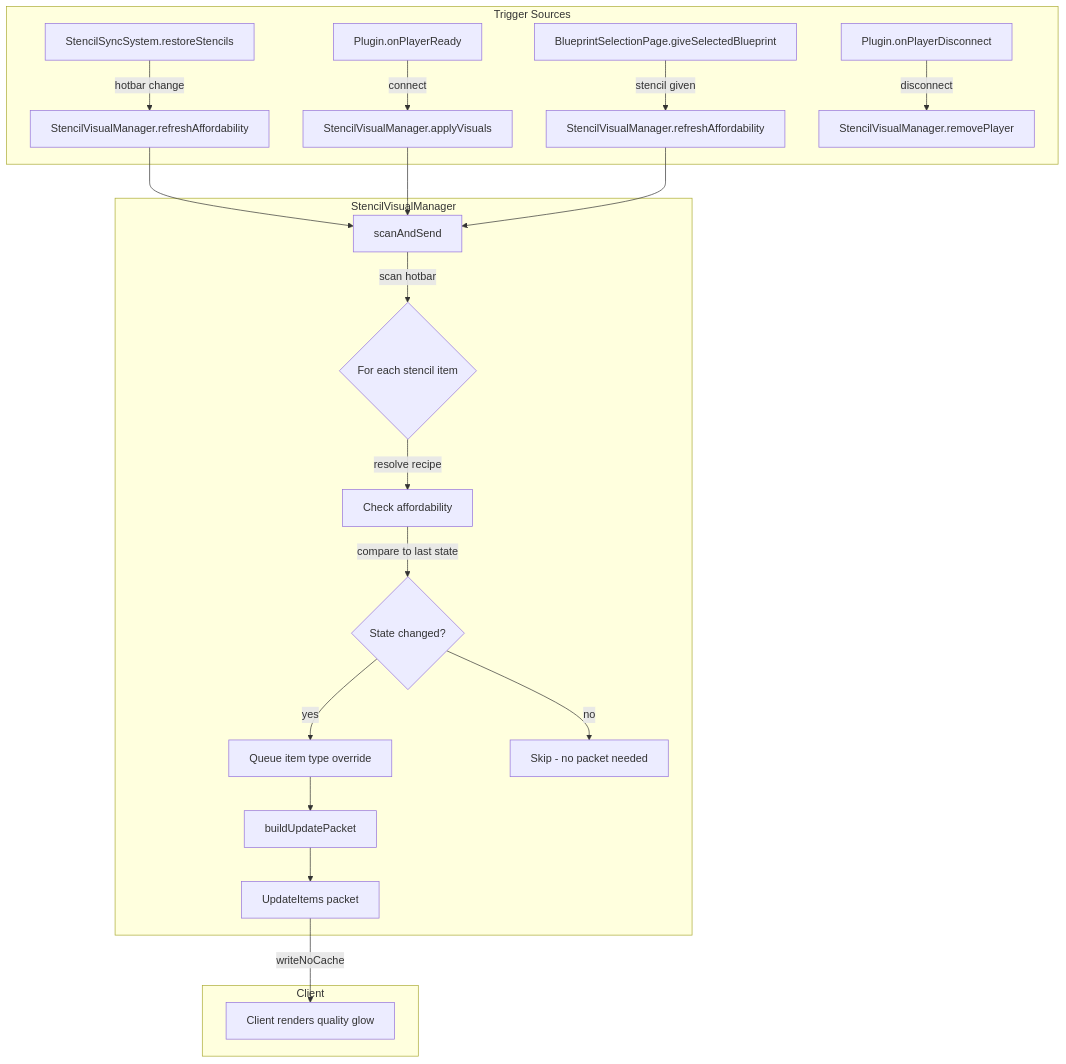
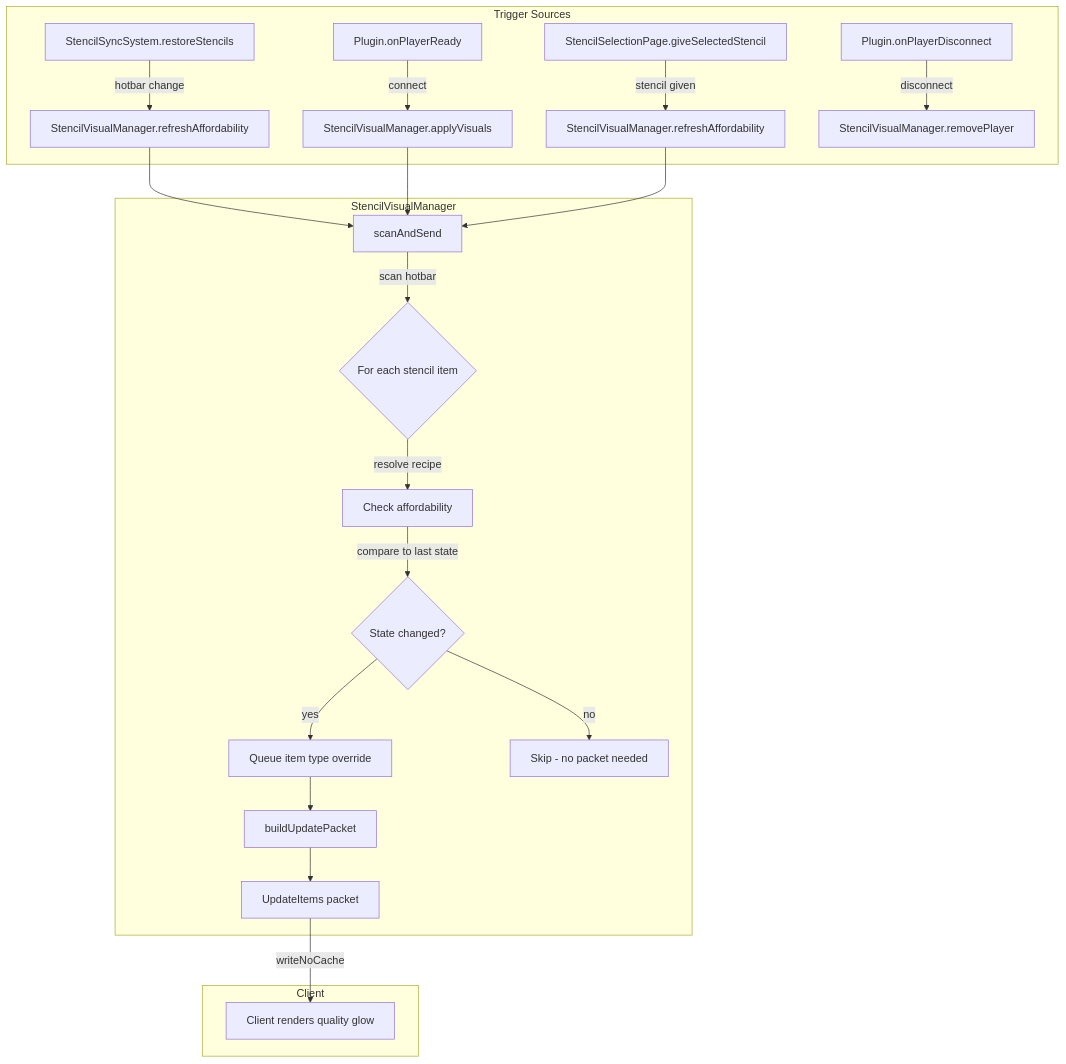
One commit to TheCodeCreature/Hytale-Example-Plugin changed the second of 3 diagrams in docs/design-stencil-visual-manager.md. Above: the diagram before and after it, drawn with Mermaid. The commit also changed other lines of this file and 289 other files, not shown here.

````diff
--- a/docs/design-stencil-visual-manager.md
+++ b/docs/design-stencil-visual-manager.md
@@ -54,26 +54,26 @@
 ```mermaid
 graph TB
     subgraph Trigger Sources
         A[StencilSyncSystem.restoreStencils] -->|hotbar change| B[StencilVisualManager.refreshAffordability]
         C[Plugin.onPlayerReady] -->|connect| D[StencilVisualManager.applyVisuals]
-        E[BlueprintSelectionPage.giveSelectedBlueprint] -->|stencil given| F[StencilVisualManager.refreshAffordability]
+        E[StencilSelectionPage.giveSelectedStencil] -->|stencil given| F[StencilVisualManager.refreshAffordability]
         G[Plugin.onPlayerDisconnect] -->|disconnect| H[StencilVisualManager.removePlayer]
     end
 
     subgraph StencilVisualManager
         B --> I[scanAndSend]
         D --> I
         F --> I
         I -->|scan hotbar| J{For each stencil item}
         J -->|resolve recipe| K[Check affordability]
         K -->|compare to last state| L{State changed?}
         L -->|yes| M[Queue item type override]
         L -->|no| N[Skip - no packet needed]
         M --> O[buildUpdatePacket]
         O --> P[UpdateItems packet]
     end
 
     subgraph Client
         P -->|writeNoCache| Q[Client renders quality glow]
     end
 ```
````
